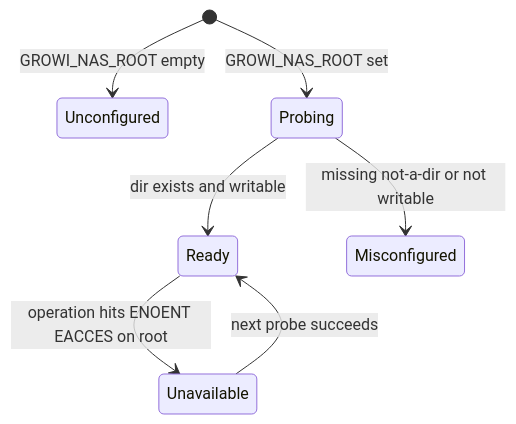
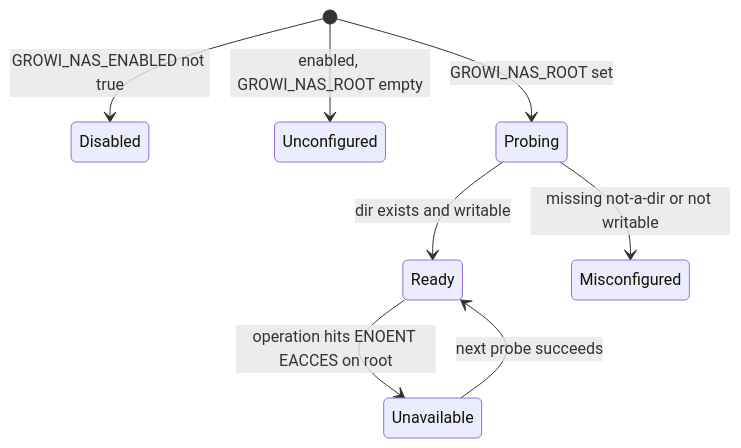
The third of 3 diagrams in .kiro/specs/nas-file-storage/design.md (SovietUnion1942/growi), drawn with Mermaid before and after one commit. The commit also changed other lines of this file and 14 other files, not shown here.

First line of the commit message:
feat(nas-file-storage): add GROWI_NAS_ENABLED master switch (opt-in)

````diff
--- a/.kiro/specs/nas-file-storage/design.md
+++ b/.kiro/specs/nas-file-storage/design.md
@@ -229,9 +229,10 @@
 ```mermaid
 stateDiagram-v2
-    [*] --> Unconfigured: GROWI_NAS_ROOT empty
+    [*] --> Disabled: GROWI_NAS_ENABLED not true
+    [*] --> Unconfigured: enabled, GROWI_NAS_ROOT empty
     [*] --> Probing: GROWI_NAS_ROOT set
     Probing --> Ready: dir exists and writable
     Probing --> Misconfigured: missing not-a-dir or not writable
     Ready --> Unavailable: operation hits ENOENT EACCES on root
     Unavailable --> Ready: next probe succeeds
 ```
````
